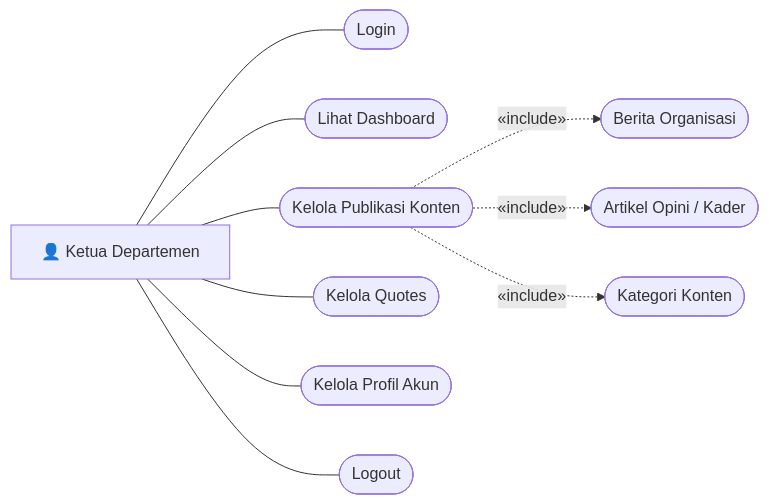
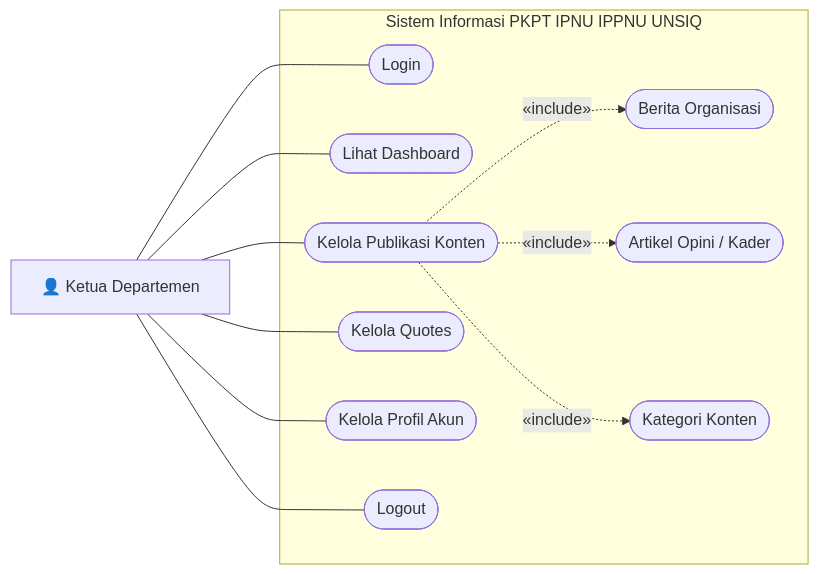
One commit to rizalmhmd/pk-ipnu-ippnu changed the third of 4 diagrams in laporan/dokumen/USE_CASE_DIAGRAM.md. Above: the diagram before and after it, drawn with Mermaid. The commit also changed other lines of this file and 275 other files, not shown here.

````diff
--- a/laporan/dokumen/USE_CASE_DIAGRAM.md
+++ b/laporan/dokumen/USE_CASE_DIAGRAM.md
@@ -121,31 +134,33 @@
 ```mermaid
 flowchart LR
-    %% Aktor Kiri
+    %% Aktor di LUAR Kotak
     Dept["👤 Ketua Departemen"]
 
-    %% 6 Elips Utama Vertikal
-    UC1(["Login"])
-    UC2(["Lihat Dashboard"])
-    UC3(["Kelola Publikasi Konten"])
-    UC4(["Kelola Quotes"])
-    UC5(["Kelola Profil Akun"])
-    UC6(["Logout"])
+    subgraph SysDept["Sistem Informasi PKPT IPNU IPPNU UNSIQ"]
+        %% 6 Elips Utama Vertikal
+        UC1(["Login"])
+        UC2(["Lihat Dashboard"])
+        UC3(["Kelola Publikasi Konten"])
+        UC4(["Kelola Quotes"])
+        UC5(["Kelola Profil Akun"])
+        UC6(["Logout"])
 
-    %% 3 Sub-Elips di Kanan
-    Sub1(["Berita Organisasi"])
-    Sub2(["Artikel Opini / Kader"])
-    Sub3(["Kategori Konten"])
+        %% 3 Sub-Elips di Kanan
+        Sub1(["Berita Organisasi"])
+        Sub2(["Artikel Opini / Kader"])
+        Sub3(["Kategori Konten"])
 
-    %% Asosiasi Lurus
+        %% Relasi Include
+        UC3 -.->|«include»| Sub1
+        UC3 -.->|«include»| Sub2
+        UC3 -.->|«include»| Sub3
+    end
+
+    %% Garis Asosiasi
     Dept --- UC1
     Dept --- UC2
     Dept --- UC3
     Dept --- UC4
     Dept --- UC5
     Dept --- UC6
-
-    %% Relasi Include
-    UC3 -.->|«include»| Sub1
-    UC3 -.->|«include»| Sub2
-    UC3 -.->|«include»| Sub3
 ```
````
